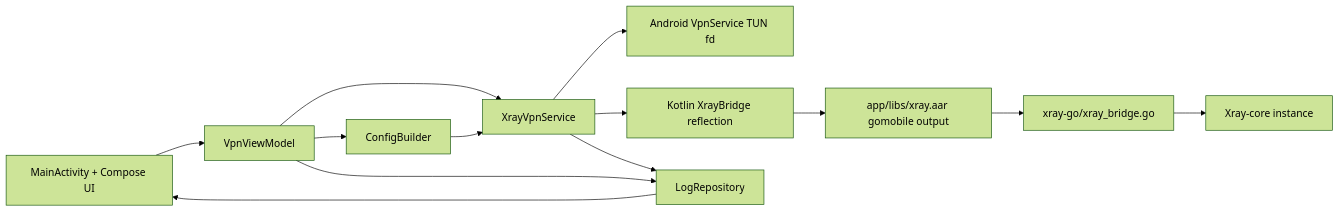
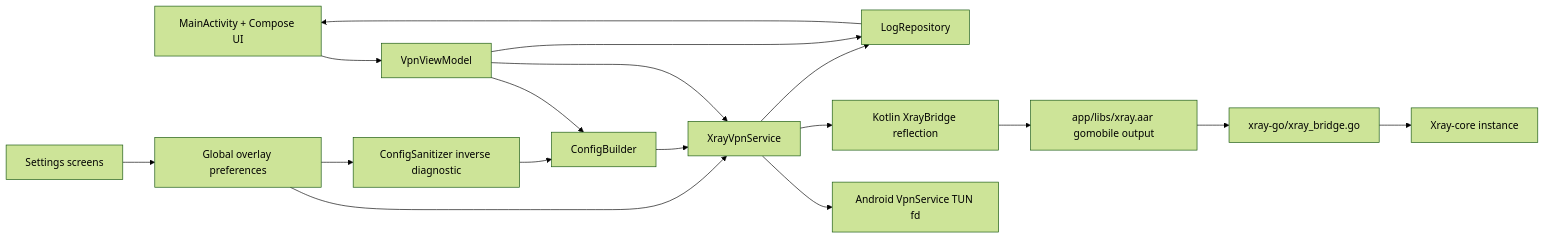
One commit to Artem-Potapov/boykisser-vpn-client changed the diagram in AGENTS.md. Above: the diagram before and after it, drawn with Mermaid (forest theme). The commit also changed other lines of this file and 10 other files, not shown here.

````diff
--- a/AGENTS.md
+++ b/AGENTS.md
@@ -221,15 +226,19 @@
 ```mermaid
 flowchart LR
     UI[MainActivity + Compose UI] --> VM[VpnViewModel]
+    SETTINGS[Settings screens] --> PREFS[Global overlay preferences]
+    PREFS --> SVC
+    PREFS --> SAN[ConfigSanitizer inverse diagnostic]
     VM --> CFG[ConfigBuilder]
     VM --> SVC[XrayVpnService]
     CFG --> SVC
+    SAN --> CFG
     SVC --> TUN[Android VpnService TUN fd]
     SVC --> KBRIDGE[Kotlin XrayBridge reflection]
     KBRIDGE --> AAR[app/libs/xray.aar gomobile output]
     AAR --> GOBRIDGE[xray-go/xray_bridge.go]
     GOBRIDGE --> XRAY[Xray-core instance]
     SVC --> LOG[LogRepository]
     VM --> LOG
     LOG --> UI
 ```
````
